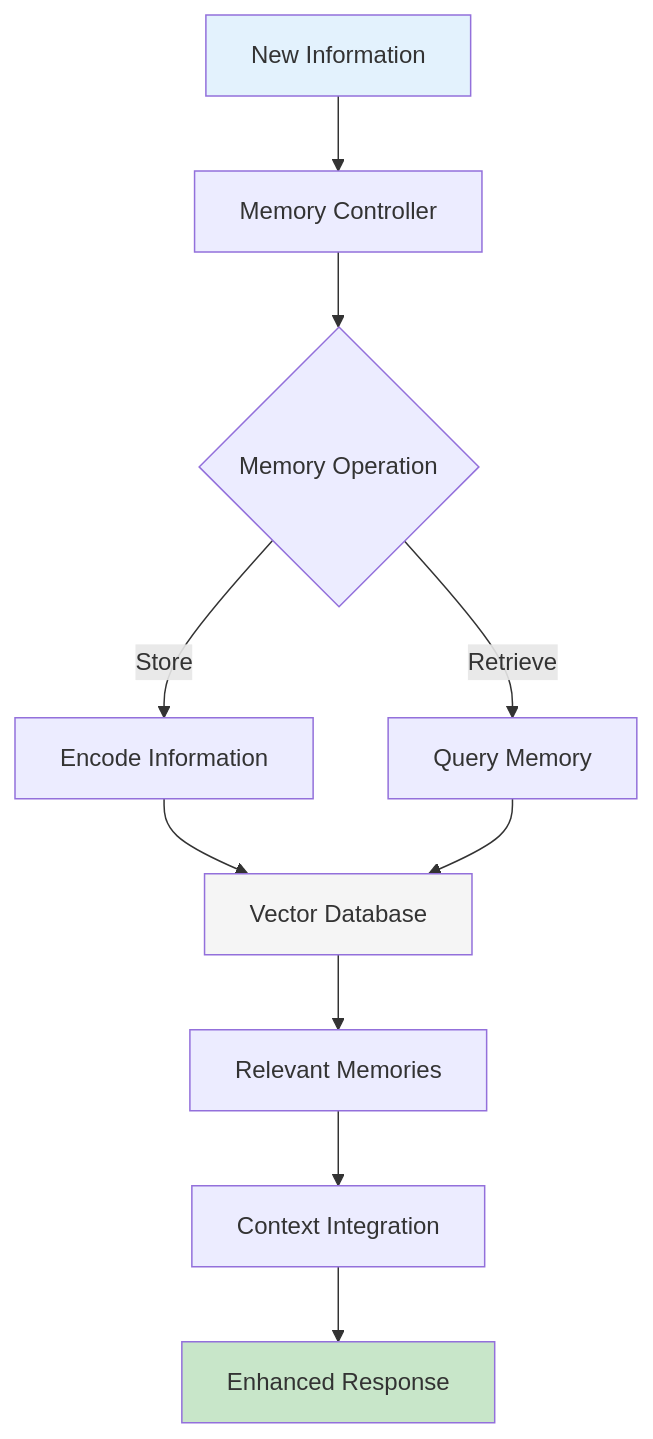
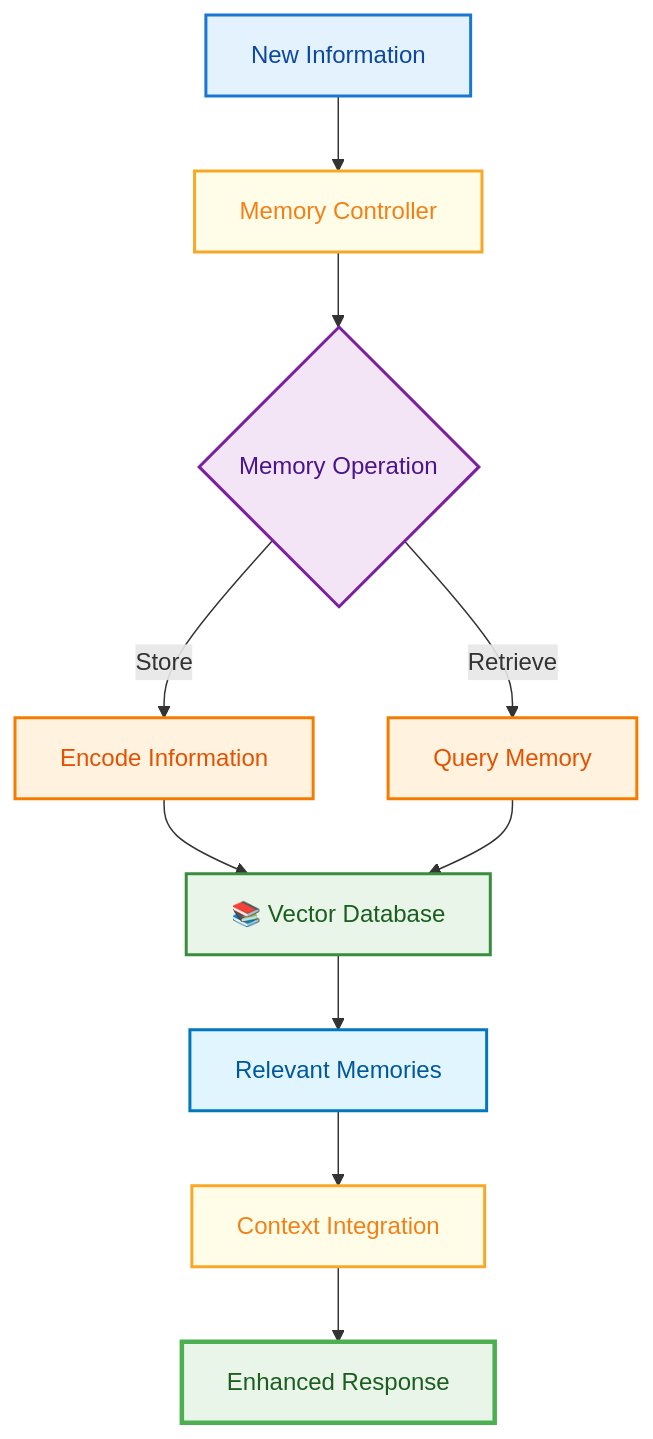
Diagram 11 of 21 in 34_agentic_ai_design_patterns.md (raphaelmansuy/tutorials), drawn with Mermaid before and after one commit. The commit also changed other lines of this file, not shown here.

````diff
--- a/34_agentic_ai_design_patterns.md
+++ b/34_agentic_ai_design_patterns.md
@@ -397,18 +737,24 @@
 ```mermaid
-graph TD
+flowchart TD
     A[New Information] --> B[Memory Controller]
     B --> C{Memory Operation}
     C -->|Store| D[Encode Information]
     C -->|Retrieve| E[Query Memory]
 
-    D --> F[Vector Database]
+    D --> F[📚 Vector Database]
     E --> F
 
     F --> G[Relevant Memories]
     G --> H[Context Integration]
     H --> I[Enhanced Response]
 
-    style A fill:#e3f2fd
-    style I fill:#c8e6c9
-    style F fill:#f5f5f5
+    style A fill:#E3F2FD,stroke:#1976D2,stroke-width:2px,color:#0D47A1
+    style B fill:#FFFDE7,stroke:#F9A825,stroke-width:2px,color:#F57F17
+    style C fill:#F3E5F5,stroke:#7B1FA2,stroke-width:2px,color:#4A148C
+    style D fill:#FFF3E0,stroke:#F57C00,stroke-width:2px,color:#E65100
+    style E fill:#FFF3E0,stroke:#F57C00,stroke-width:2px,color:#E65100
+    style F fill:#E8F5E8,stroke:#388E3C,stroke-width:2px,color:#1B5E20
+    style G fill:#E1F5FE,stroke:#0277BD,stroke-width:2px,color:#01579B
+    style H fill:#FFFDE7,stroke:#F9A825,stroke-width:2px,color:#F57F17
+    style I fill:#E8F5E8,stroke:#4CAF50,stroke-width:3px,color:#1B5E20
 ```
````
